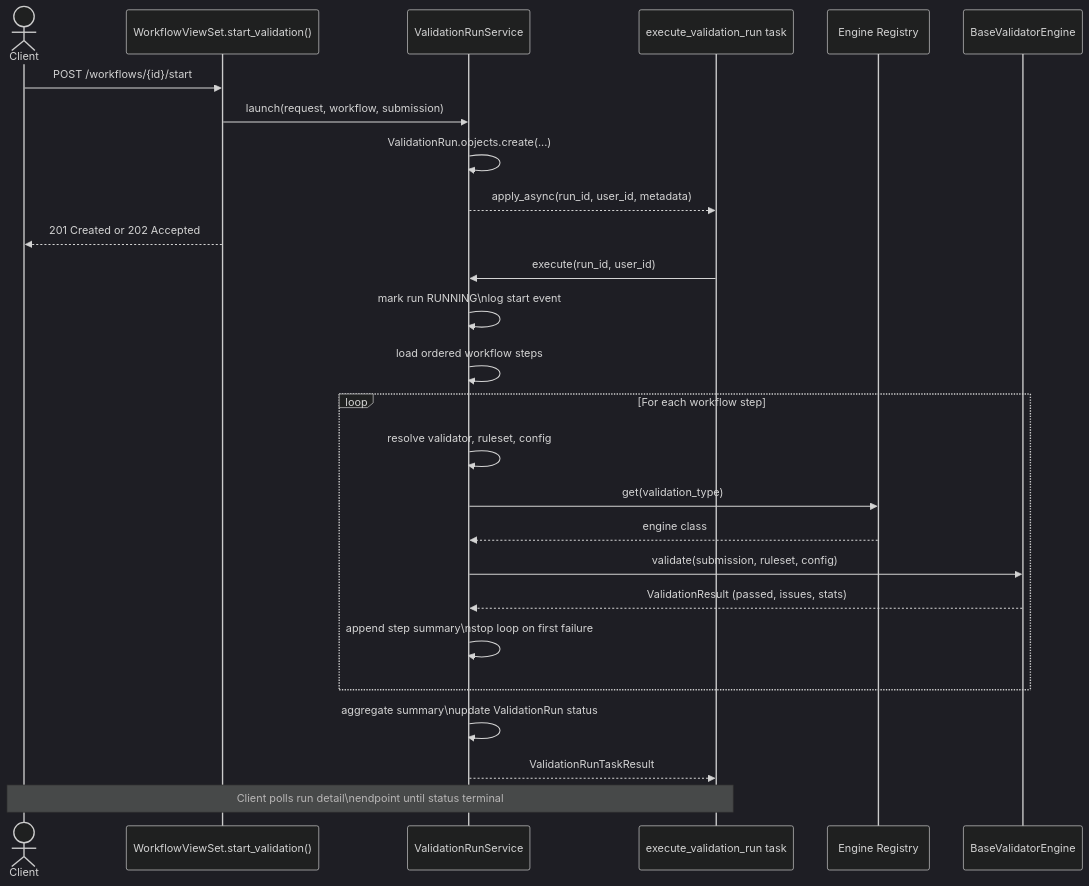
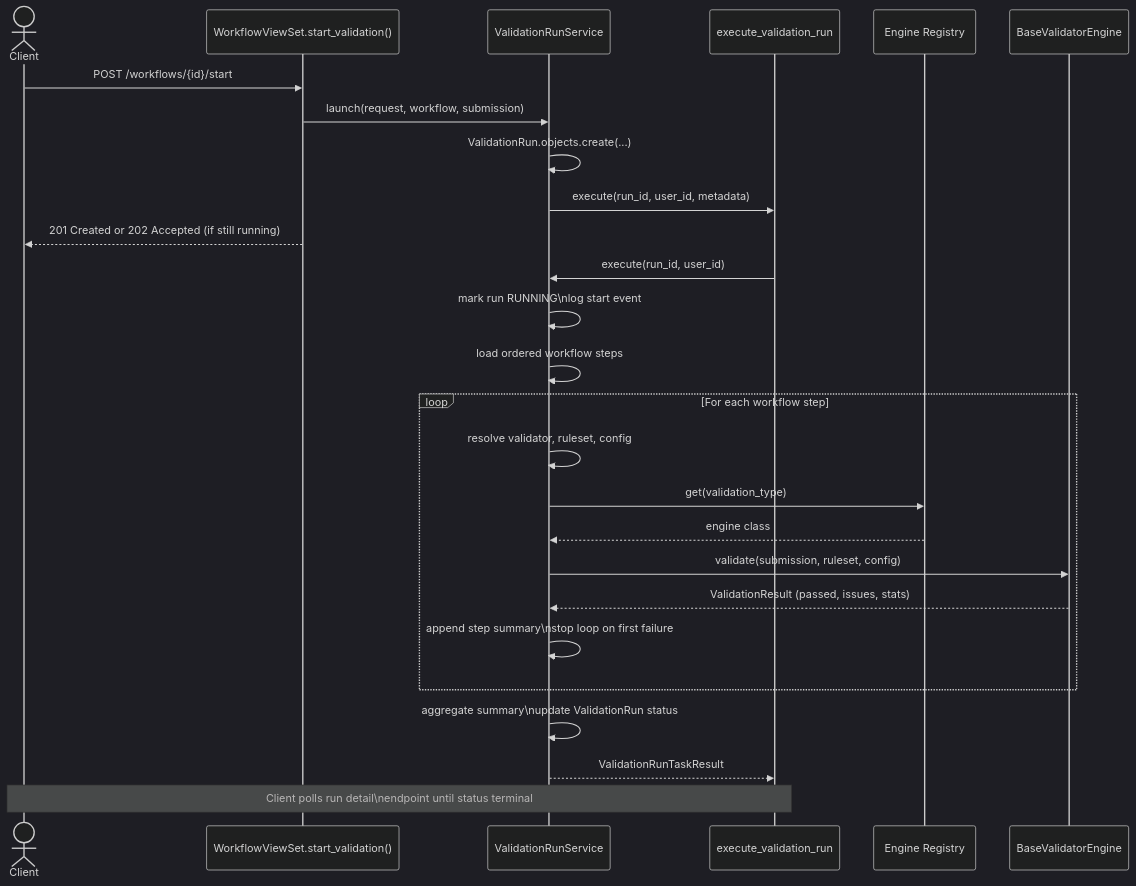
One commit to danielmcquillen/validibot changed the diagram in docs/dev_docs/overview/how_it_works.md. Above: the diagram before and after it, drawn with Mermaid (dark theme). The commit also changed other lines of this file and 23 other files, not shown here.

````diff
--- a/docs/dev_docs/overview/how_it_works.md
+++ b/docs/dev_docs/overview/how_it_works.md
@@ -218,32 +211,32 @@
 ```mermaid
 sequenceDiagram
     actor Client
     participant API as WorkflowViewSet.start_validation()
     participant Service as ValidationRunService
-    participant Celery as execute_validation_run task
+    participant Worker as execute_validation_run
     participant Registry as Engine Registry
     participant Engine as BaseValidatorEngine
 
     Client->>API: POST /workflows/{id}/start
     API->>Service: launch(request, workflow, submission)
     Service->>Service: ValidationRun.objects.create(...)
-    Service-->>Celery: apply_async(run_id, user_id, metadata)
-    API-->>Client: 201 Created or 202 Accepted
+    Service->>Worker: execute(run_id, user_id, metadata)
+    API-->>Client: 201 Created or 202 Accepted (if still running)
 
-    Celery->>Service: execute(run_id, user_id)
+    Worker->>Service: execute(run_id, user_id)
     Service->>Service: mark run RUNNING\nlog start event
     Service->>Service: load ordered workflow steps
 
     loop For each workflow step
         Service->>Service: resolve validator, ruleset, config
         Service->>Registry: get(validation_type)
         Registry-->>Service: engine class
         Service->>Engine: validate(submission, ruleset, config)
         Engine-->>Service: ValidationResult (passed, issues, stats)
         Service->>Service: append step summary\nstop loop on first failure
     end
 
     Service->>Service: aggregate summary\nupdate ValidationRun status
-    Service-->>Celery: ValidationRunTaskResult
-    note over Client,Celery: Client polls run detail\nendpoint until status terminal
+    Service-->>Worker: ValidationRunTaskResult
+    note over Client,Worker: Client polls run detail\nendpoint until status terminal
 ```
````
